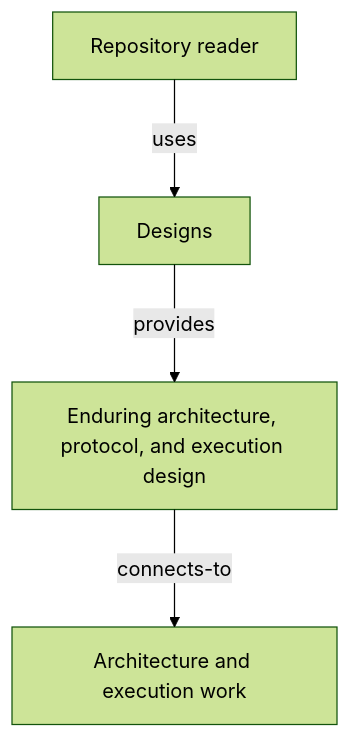
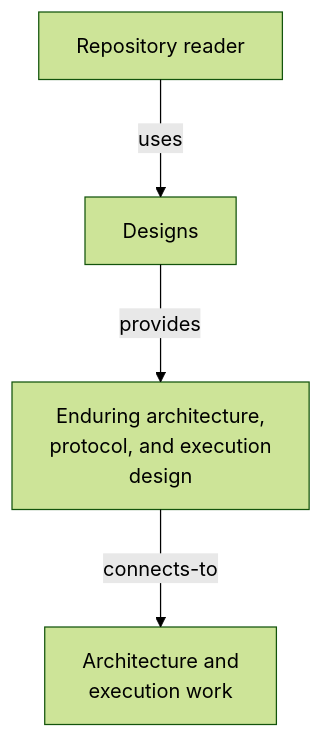
One commit to abstract-business-systems/as-is changed the diagram in designs/as-is.md. Above: the diagram before and after it, drawn with Mermaid (forest theme). The commit also changed 47 other files, not shown here.

Commit message:
docs(diagrams): improve Mermaid readability validation

````diff
--- a/designs/as-is.md
+++ b/designs/as-is.md
@@ -15,10 +15,10 @@
 ```mermaid
 ---
 config:
   layout: elk
 ---
 flowchart TB
     Reader["Repository reader"] -->|uses| Designs["Designs"]
-    Designs -->|provides| Topics["Enduring architecture, protocol, and execution design"]
-    Topics -->|connects-to| Work["Architecture and execution work"]
+    Designs -->|provides| Topics["Enduring architecture,<br/>protocol, and execution<br/>design"]
+    Topics -->|connects-to| Work["Architecture and<br/>execution work"]
 ```
````
